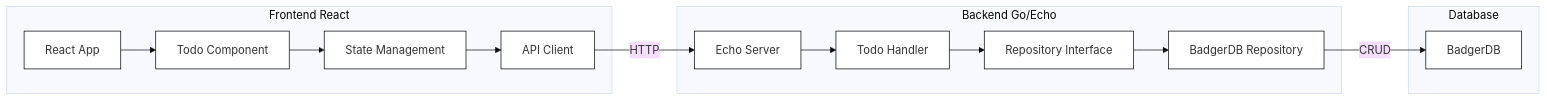
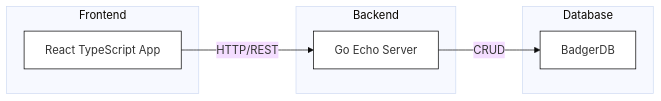
Before and after one commit to donvito/cursor-react-go-starter: the diagram in README.md, drawn with Mermaid (base theme).

Commit message:
Simplify architecture diagram for better readability

````diff
--- a/README.md
+++ b/README.md
@@ -9,33 +9,20 @@
 ```mermaid
 flowchart LR
-    subgraph Frontend[Frontend React]
-        A[React App]
-        B[Todo Component]
-        C[State Management]
-        D[API Client]
-        A --> B
-        B --> C
-        C --> D
+    subgraph Frontend[Frontend]
+        React[React TypeScript App]
     end
 
-    subgraph Backend[Backend Go/Echo]
-        E[Echo Server]
-        F[Todo Handler]
-        G[Repository Interface]
-        H[BadgerDB Repository]
-        E --> F
-        F --> G
-        G --> H
+    subgraph Backend[Backend]
+        Go[Go Echo Server]
     end
 
     subgraph DB[Database]
-        I[BadgerDB]
+        BadgerDB[BadgerDB]
     end
 
-    D -->|HTTP| E
-    H -->|CRUD| I
+    React -->|HTTP/REST| Go
+    Go -->|CRUD| BadgerDB
 
     classDef default fill:#ffffff,stroke:#000000,stroke-width:1px;
-    
-    class A,B,C,D,E,F,G,H,I default;
+    class React,Go,BadgerDB default;
 ```
````
